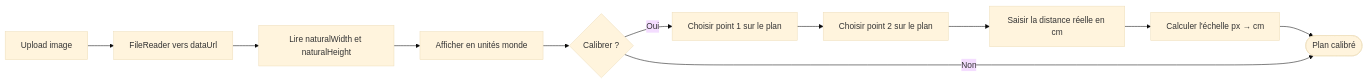
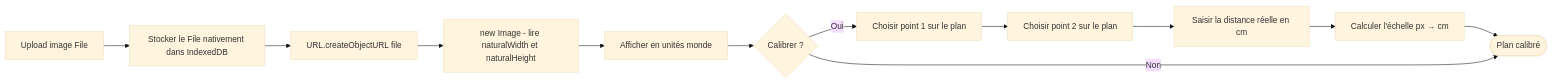
Before and after one commit to Khyonn/calepinage-01: the diagram in docs/features/background-plan.md, drawn with Mermaid (base theme). The commit also changed other lines of this file and 20 other files, not shown here.

````diff
--- a/docs/features/background-plan.md
+++ b/docs/features/background-plan.md
@@ -13,13 +13,14 @@
 ```mermaid
 flowchart LR
-    Upload[Upload image] --> Read[FileReader vers dataUrl]
-    Read --> Dims[Lire naturalWidth et naturalHeight]
-    Dims --> Display[Afficher en unités monde]
+    Upload[Upload image File] --> Store[Stocker le File nativement dans IndexedDB]
+    Store --> ObjUrl[URL.createObjectURL file]
+    ObjUrl --> Img[new Image - lire naturalWidth et naturalHeight]
+    Img --> Display[Afficher en unités monde]
     Display --> Calib{Calibrer ?}
     Calib -- Oui --> P1[Choisir point 1 sur le plan]
     P1 --> P2[Choisir point 2 sur le plan]
     P2 --> Dist[Saisir la distance réelle en cm]
     Dist --> Scale[Calculer l'échelle px → cm]
     Scale --> Done([Plan calibré])
     Calib -- Non --> Done
 ```
````
